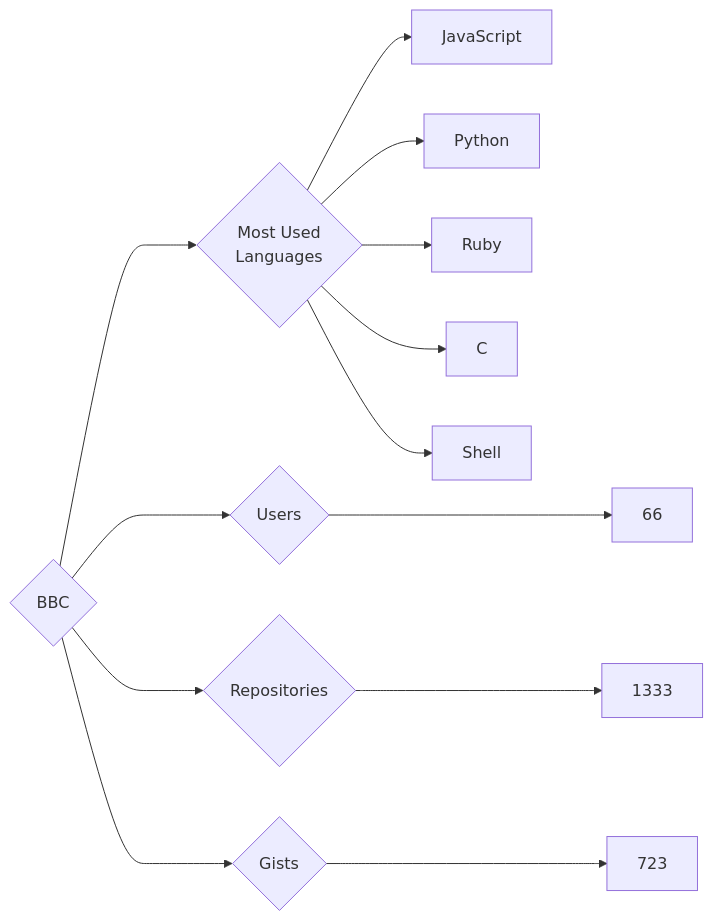
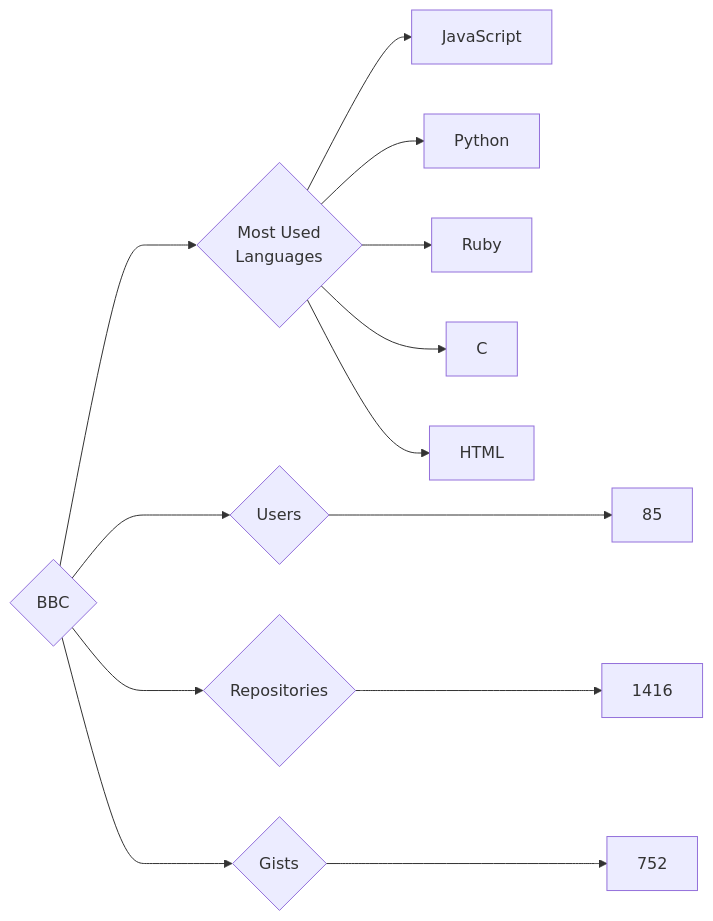
Before and after one commit to trickest/insiders: the diagram in targets/BBC/README.md, drawn with Mermaid. The commit also changed 750 other files, not shown here.

````diff
--- a/targets/BBC/README.md
+++ b/targets/BBC/README.md
@@ -3,13 +3,13 @@
 ```mermaid
 graph LR
 COMPANY_NAME{BBC}
-COMPANY_NAME ---> U{Users} ---> UN[66]
-COMPANY_NAME ---> R{Repositories} ---> RN[1333]
-COMPANY_NAME ---> G{Gists} ---> GN[723]
+COMPANY_NAME ---> U{Users} ---> UN[85]
+COMPANY_NAME ---> R{Repositories} ---> RN[1416]
+COMPANY_NAME ---> G{Gists} ---> GN[752]
 COMPANY_NAME ---> ML{Most Used<br>Languages}
 ML --> JavaScript[JavaScript]
 ML --> Python[Python]
 ML --> Ruby[Ruby]
 ML --> C[C]
-ML --> Shell[Shell]
+ML --> HTML[HTML]
 ```
````
